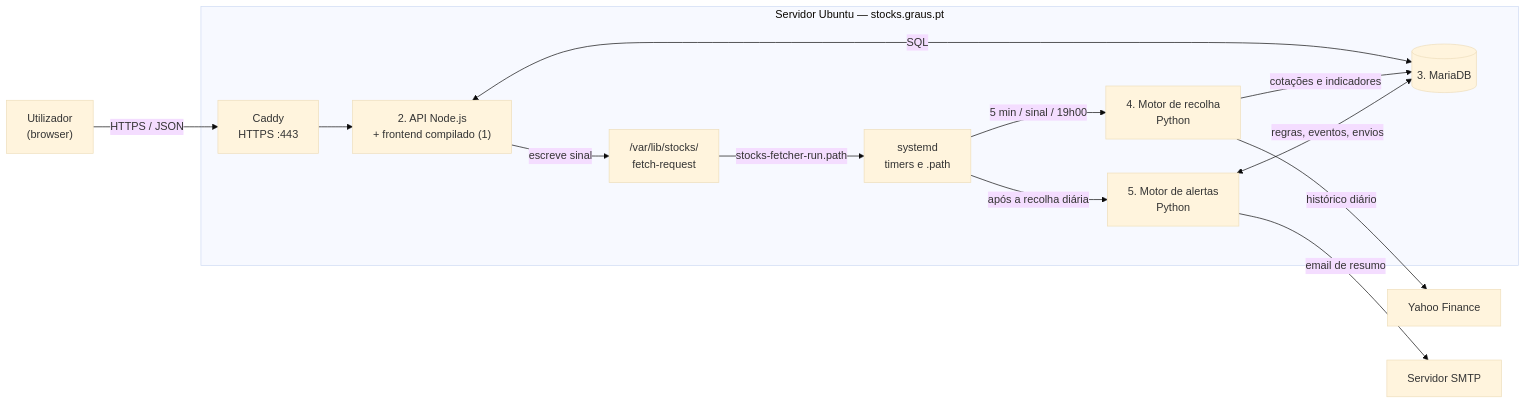
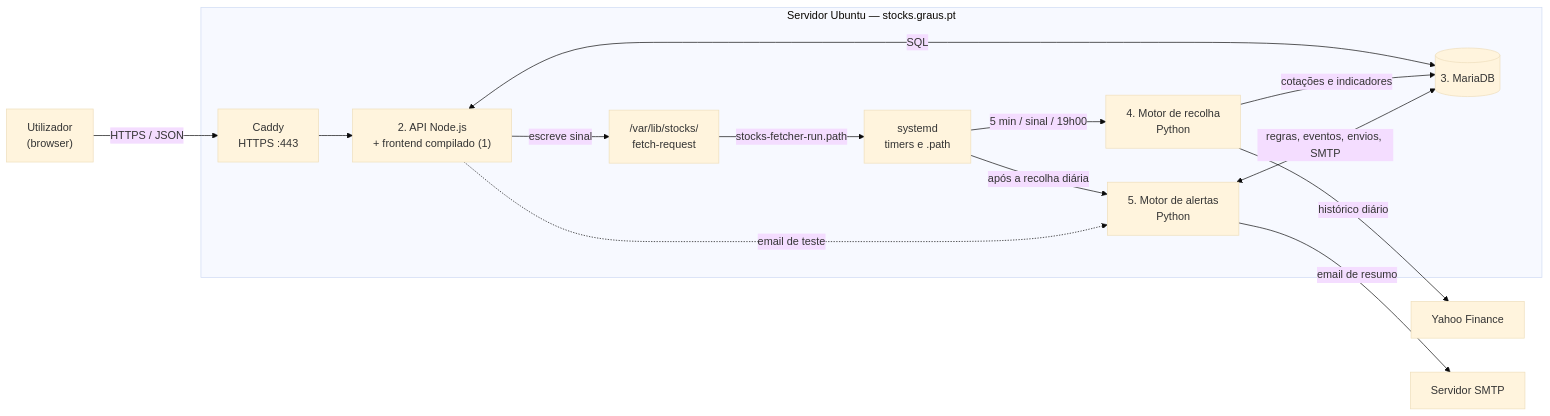
Before and after one commit to msant1972/stocks: the diagram in docs/arquitectura/arquitectura.md, drawn with Mermaid (base theme). The commit also changed other lines of this file, not shown here.

Commit message:
Arquitectura actualizada: estratégia, SMTP, capital, testes e decisões em aberto

````diff
--- a/docs/arquitectura/arquitectura.md
+++ b/docs/arquitectura/arquitectura.md
@@ -46,30 +49,31 @@
 ```mermaid
 flowchart LR
     U["Utilizador<br/>(browser)"]
 
     subgraph SERVER["Servidor Ubuntu — stocks.graus.pt"]
         CADDY["Caddy<br/>HTTPS :443"]
         API["2. API Node.js<br/>+ frontend compilado (1)"]
         DB[("3. MariaDB")]
         FETCH["4. Motor de recolha<br/>Python"]
         ALERT["5. Motor de alertas<br/>Python"]
         SYSD["systemd<br/>timers e .path"]
         SIG["/var/lib/stocks/<br/>fetch-request"]
 
         CADDY --> API
         API <-->|SQL| DB
         API -->|escreve sinal| SIG
         SIG -->|stocks-fetcher-run.path| SYSD
         SYSD -->|5 min / sinal / 19h00| FETCH
         SYSD -->|após a recolha diária| ALERT
         FETCH -->|cotações e indicadores| DB
-        ALERT <-->|regras, eventos, envios| DB
+        ALERT <-->|regras, eventos, envios, SMTP| DB
+        API -.->|email de teste| ALERT
     end
 
     YAHOO["Yahoo Finance"]
     SMTP["Servidor SMTP"]
 
     U -->|HTTPS / JSON| CADDY
     FETCH -->|histórico diário| YAHOO
     ALERT -->|email de resumo| SMTP
 ```
````
